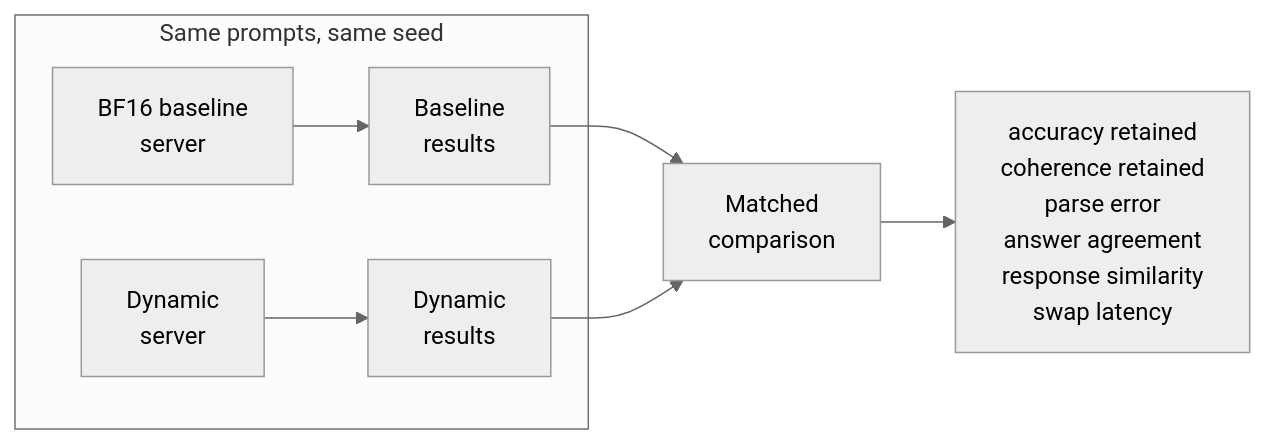
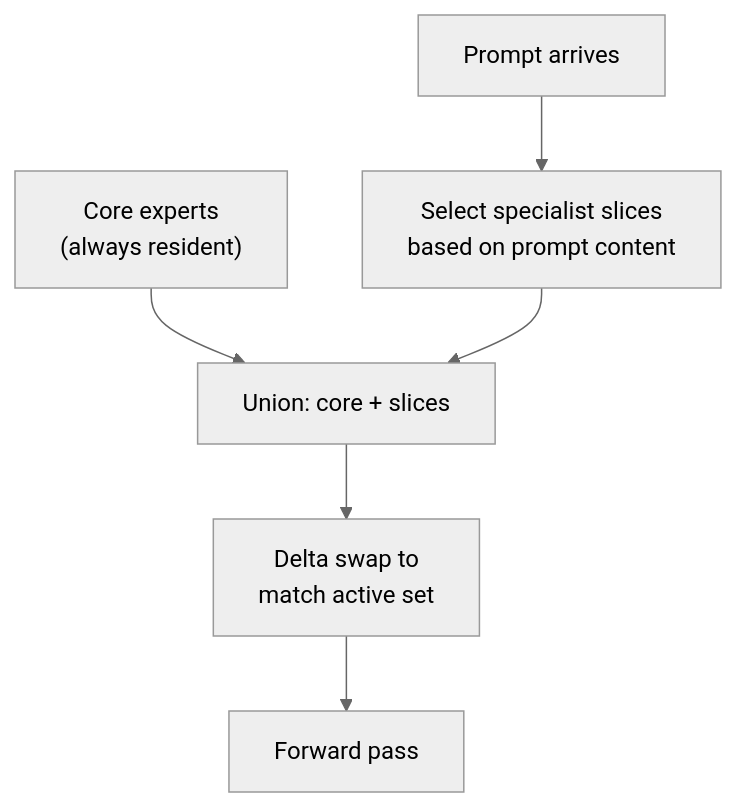
The second of 2 diagrams in README.md (0xSero/reap-expert-swap), drawn with Mermaid (neutral theme) before and after one commit. The commit also changed other lines of this file, not shown here.

````diff
--- a/README.md
+++ b/README.md
@@ -359,10 +182,8 @@
 ```mermaid
-flowchart LR
-    subgraph "Same prompts, same seed"
-        BF16["BF16 baseline\nserver"] --> BR["Baseline\nresults"]
-        DYN["Dynamic\nserver"] --> DR["Dynamic\nresults"]
-    end
-    BR --> CMP["Matched\ncomparison"]
-    DR --> CMP
-    CMP --> Metrics["accuracy retained\ncoherence retained\nparse error\nanswer agreement\nresponse similarity\nswap latency"]
+flowchart TD
+    Prompt["Prompt arrives"] --> Selector["Select specialist slices\nbased on prompt content"]
+    Core["Core experts\n(always resident)"] --> Union["Union: core + slices"]
+    Selector --> Union
+    Union --> Swap["Delta swap to\nmatch active set"]
+    Swap --> Forward["Forward pass"]
 ```
````
